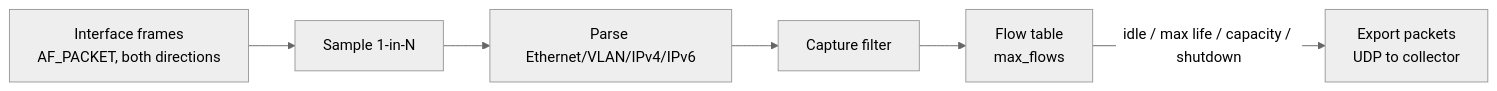
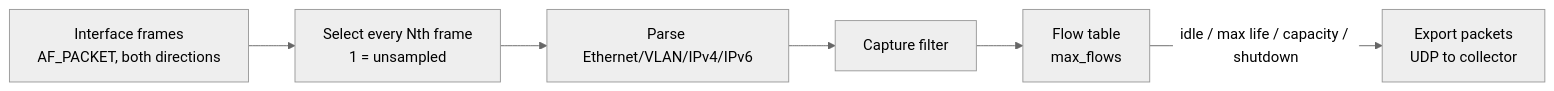
The diagram in docs/NETFLOW_IPFIX_SPEC.md (mayberryjp/firewall_backend), drawn with Mermaid (neutral theme) before and after one commit. The commit also changed other lines of this file and 14 other files, not shown here.

````diff
--- a/docs/NETFLOW_IPFIX_SPEC.md
+++ b/docs/NETFLOW_IPFIX_SPEC.md
@@ -21,8 +77,8 @@
 ```mermaid
 flowchart LR
-  A[Interface frames<br/>AF_PACKET, both directions] --> B[Sample 1-in-N]
+  A[Interface frames<br/>AF_PACKET, both directions] --> B[Select every Nth frame<br/>1 = unsampled]
   B --> C[Parse Ethernet/VLAN/IPv4/IPv6]
   C --> D[Capture filter]
   D --> E[Flow table<br/>max_flows]
   E -->|idle / max life / capacity / shutdown| F[Export packets<br/>UDP to collector]
 ```
````
